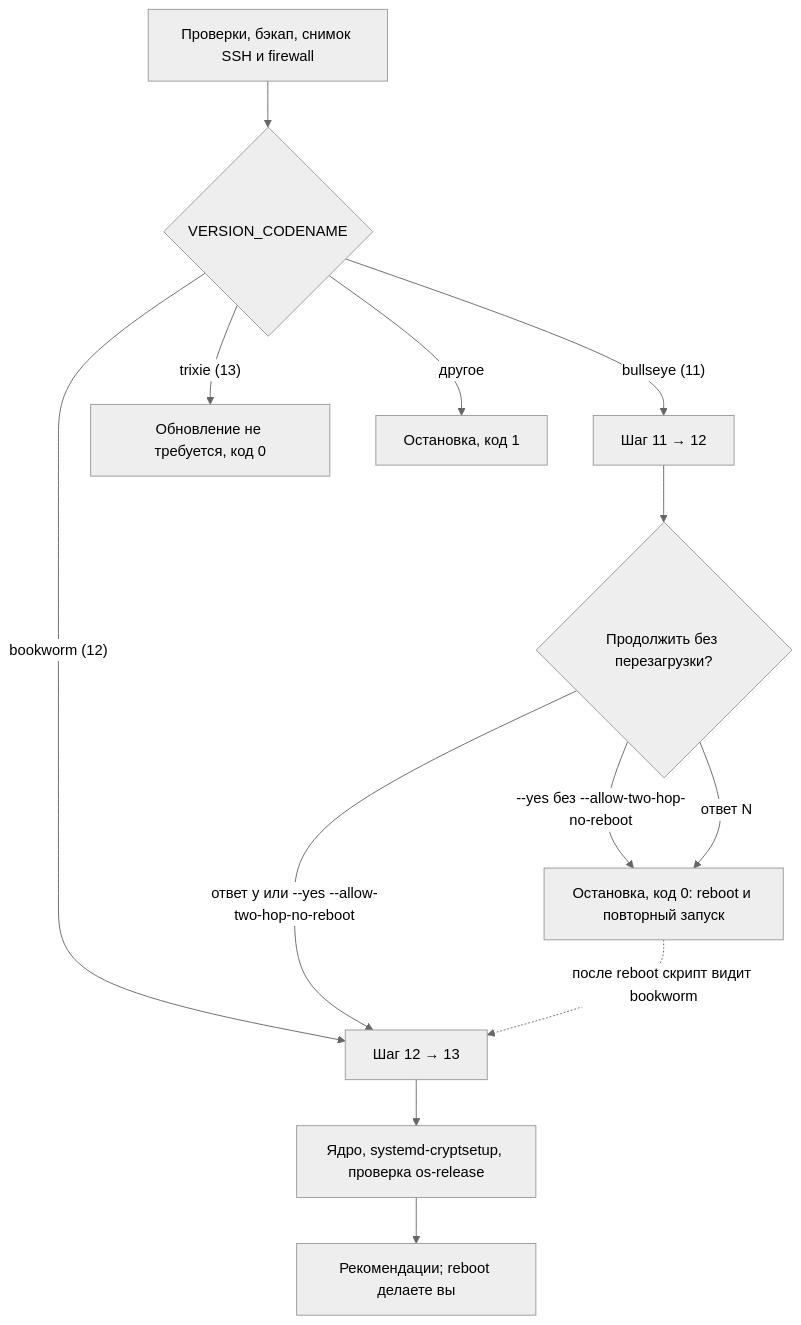
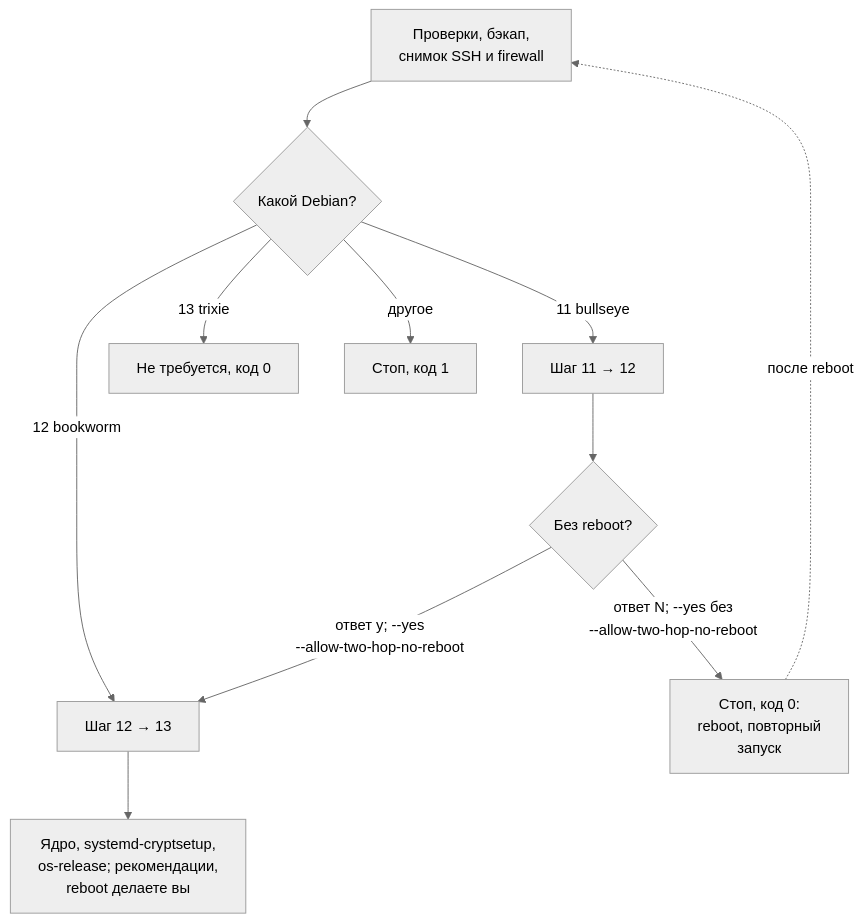
Before and after one commit to snaplyze/optimize-debian: the diagram in docs/README_UPGRADE.md, drawn with Mermaid (neutral theme). The commit also changed 7 other files, not shown here.

First line of the commit message:
docs: make the diagrams of README and the guides readable on GitHub

````diff
--- a/docs/README_UPGRADE.md
+++ b/docs/README_UPGRADE.md
@@ -106,15 +106,13 @@
 ```mermaid
 flowchart TD
-    A["Проверки, бэкап, снимок SSH и firewall"] --> B{"VERSION_CODENAME"}
-    B -- "bullseye (11)" --> C["Шаг 11 → 12"]
-    B -- "bookworm (12)" --> E["Шаг 12 → 13"]
-    B -- "trixie (13)" --> N["Обновление не требуется, код 0"]
-    B -- "другое" --> X["Остановка, код 1"]
-    C --> D{"Продолжить без перезагрузки?"}
-    D -- "--yes без --allow-two-hop-no-reboot" --> R["Остановка, код 0: reboot и повторный запуск"]
-    D -- "ответ N" --> R
-    D -- "ответ y или --yes --allow-two-hop-no-reboot" --> E
-    R -. "после reboot скрипт видит bookworm" .-> E
-    E --> F["Ядро, systemd-cryptsetup, проверка os-release"]
-    F --> G["Рекомендации; reboot делаете вы"]
+    A["Проверки, бэкап,<br>снимок SSH и firewall"] --> B{"Какой Debian?"}
+    B -- "11 bullseye" --> C["Шаг 11 → 12"]
+    B -- "12 bookworm" --> E["Шаг 12 → 13"]
+    B -- "13 trixie" --> N["Не требуется, код 0"]
+    B -- "другое" --> X["Стоп, код 1"]
+    C --> D{"Без reboot?"}
+    D -- "ответ N; --yes без<br>--allow-two-hop-no-reboot" --> R["Стоп, код 0:<br>reboot, повторный<br>запуск"]
+    D -- "ответ y; --yes<br>--allow-two-hop-no-reboot" --> E
+    R -. "после reboot" .-> A
+    E --> G["Ядро, systemd-cryptsetup,<br>os-release; рекомендации,<br>reboot делаете вы"]
 ```
````
